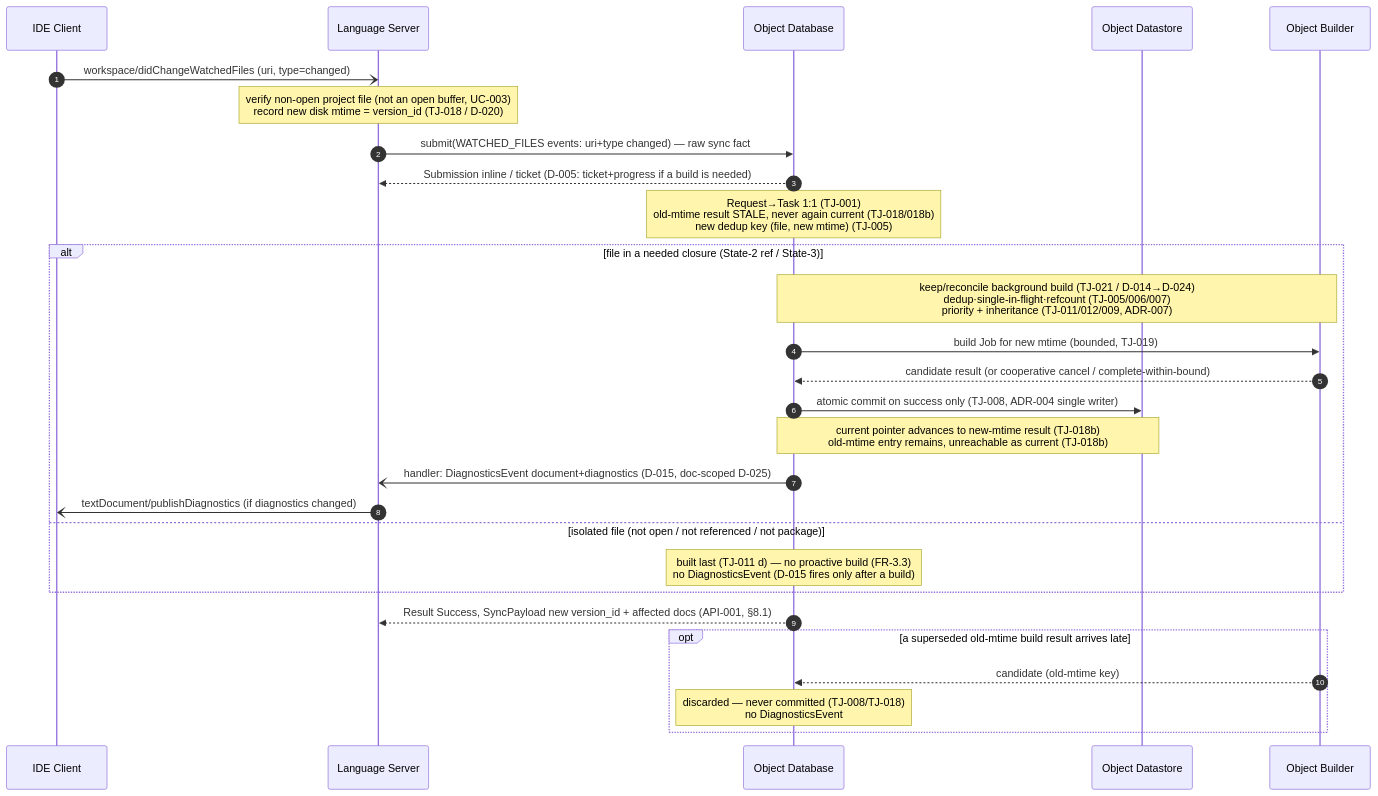
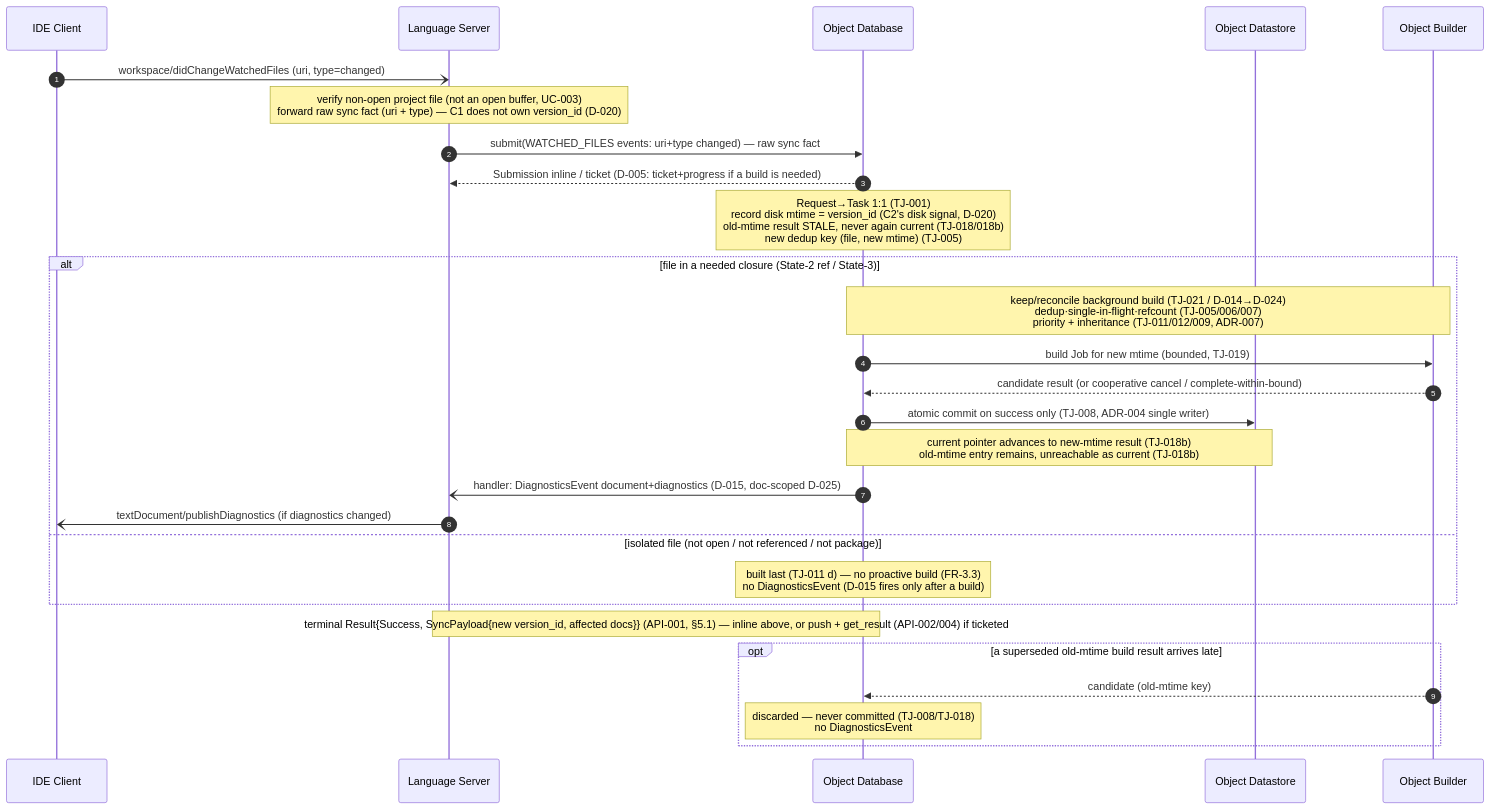
One commit to tyskdm/gdoc changed the diagram in docs/architecture/gdocServer/usecases/UC-005_WatchedFileChange.md. Above: the diagram before and after it, drawn with Mermaid. The commit also changed other lines of this file, not shown here.

````diff
--- a/docs/architecture/gdocServer/usecases/UC-005_WatchedFileChange.md
+++ b/docs/architecture/gdocServer/usecases/UC-005_WatchedFileChange.md
@@ -140,31 +140,31 @@
 ```mermaid
 sequenceDiagram
     autonumber
     participant IDE as IDE Client
     participant C1 as Language Server
     participant C2 as Object Database
     participant C3 as Object Datastore
     participant C4 as Object Builder
 
     IDE-)C1: workspace/didChangeWatchedFiles (uri, type=changed)
-    Note over C1: verify non-open project file (not an open buffer, UC-003)<br>record new disk mtime = version_id (TJ-018 / D-020)
+    Note over C1: verify non-open project file (not an open buffer, UC-003)<br>forward raw sync fact (uri + type) — C1 does not own version_id (D-020)
     C1->>C2: submit(WATCHED_FILES events: uri+type changed) — raw sync fact
     C2-->>C1: Submission inline / ticket (D-005: ticket+progress if a build is needed)
-    Note over C2: Request→Task 1:1 (TJ-001)<br>old-mtime result STALE, never again current (TJ-018/018b)<br>new dedup key (file, new mtime) (TJ-005)
+    Note over C2: Request→Task 1:1 (TJ-001)<br>record disk mtime = version_id (C2's disk signal, D-020)<br>old-mtime result STALE, never again current (TJ-018/018b)<br>new dedup key (file, new mtime) (TJ-005)
     alt file in a needed closure (State-2 ref / State-3)
         Note over C2,C4: keep/reconcile background build (TJ-021 / D-014→D-024)<br>dedup·single-in-flight·refcount (TJ-005/006/007)<br>priority + inheritance (TJ-011/012/009, ADR-007)
         C2->>C4: build Job for new mtime (bounded, TJ-019)
         C4-->>C2: candidate result (or cooperative cancel / complete-within-bound)
         C2->>C3: atomic commit on success only (TJ-008, ADR-004 single writer)
         Note over C2,C3: current pointer advances to new-mtime result (TJ-018b)<br>old-mtime entry remains, unreachable as current (TJ-018b)
         C2-)C1: handler: DiagnosticsEvent document+diagnostics (D-015, doc-scoped D-025)
         C1-)IDE: textDocument/publishDiagnostics (if diagnostics changed)
     else isolated file (not open / not referenced / not package)
         Note over C2: built last (TJ-011 d) — no proactive build (FR-3.3)<br>no DiagnosticsEvent (D-015 fires only after a build)
     end
-    C2-->>C1: Result Success, SyncPayload new version_id + affected docs (API-001, §8.1)
+    Note over C2,C1: terminal Result{Success, SyncPayload{new version_id, affected docs}} (API-001, §5.1) — inline above, or push + get_result (API-002/004) if ticketed
     opt a superseded old-mtime build result arrives late
         C4-->>C2: candidate (old-mtime key)
         Note over C2: discarded — never committed (TJ-008/TJ-018)<br>no DiagnosticsEvent
     end
 ```
````
